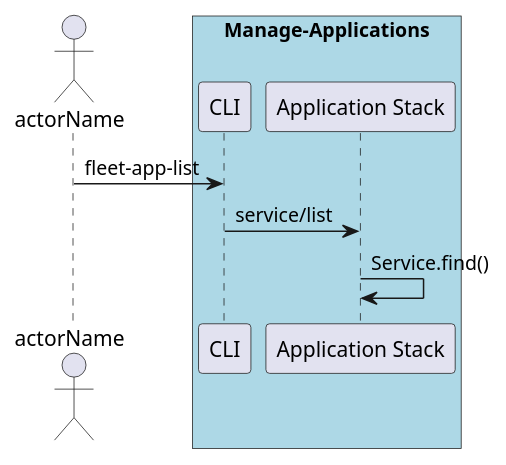
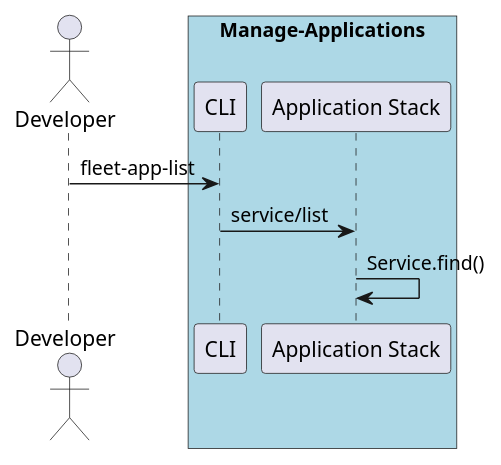
Before and after one commit to CAADE/fleet: the diagram in docs/UseCases/Manage-Applications/List-Services.puml, drawn with PlantUML. The commit also changed 79 other files, not shown here.

```diff
--- a/docs/UseCases/Manage-Applications/List-Services.puml
+++ b/docs/UseCases/Manage-Applications/List-Services.puml
@@ -1,12 +1,12 @@
 @startuml
-Actor "actorName" as A
+Actor "Developer" as A
 
 box "Manage-Applications" #lightblue
 participant "CLI" as S
 A -> S : fleet-app-list
 participant "Application Stack" as AS
 S -> AS : service/list
 AS -> AS : Service.find()
 end box
 
 @enduml
```
